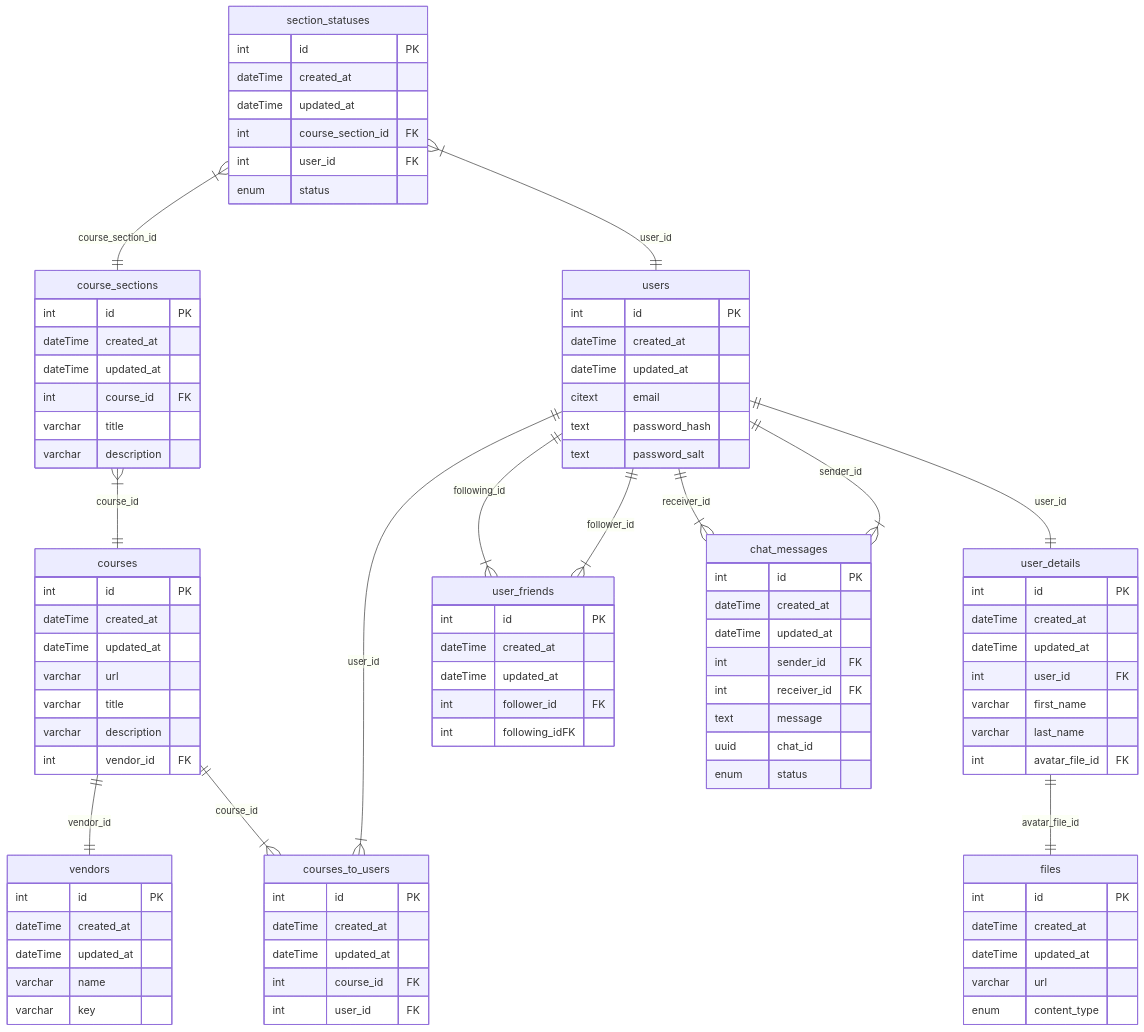
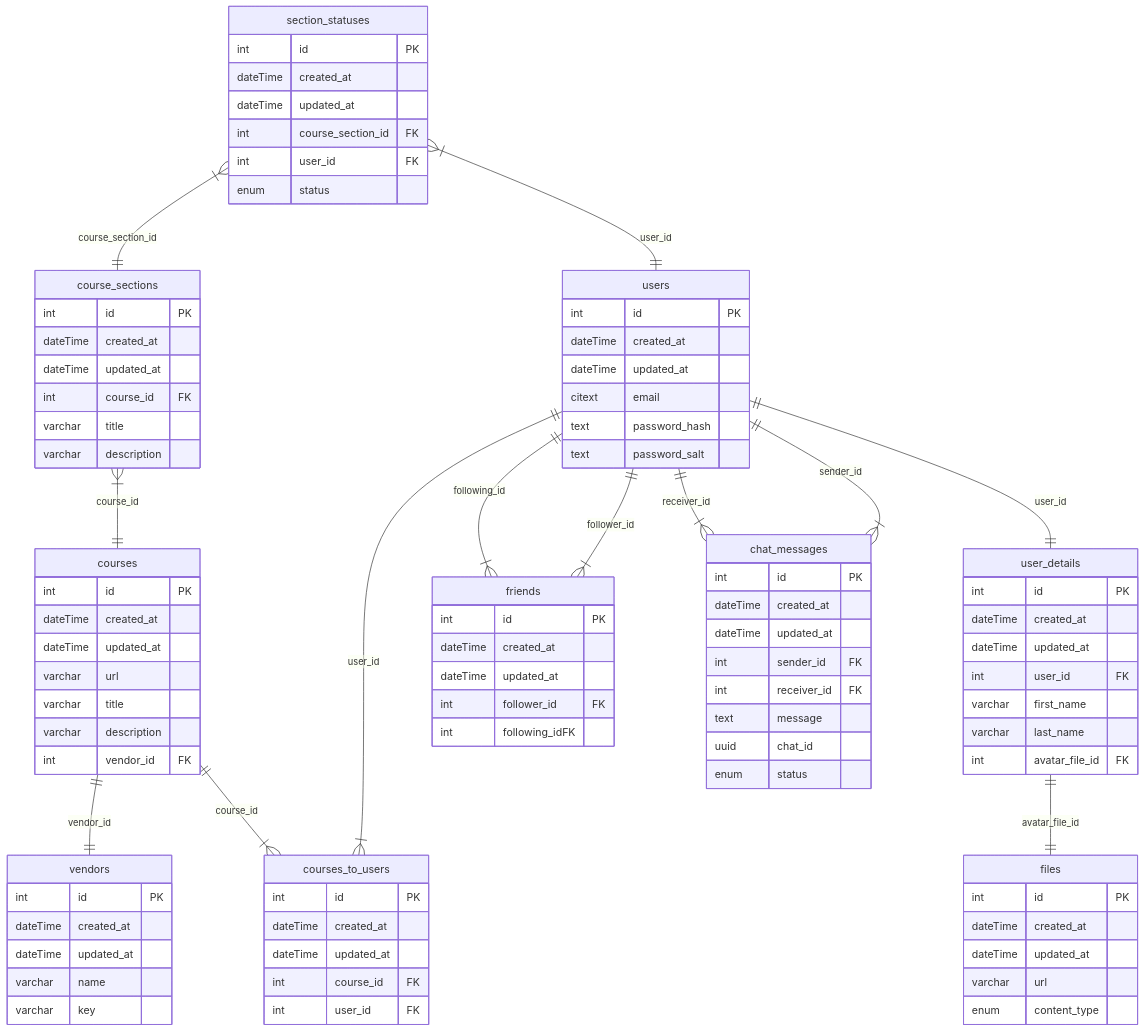
The diagram in readme.md (BinaryStudioAcademy/bsa-winter-2023-2024-trackmates), drawn with Mermaid before and after one commit. The commit also changed 4 other files, not shown here.

```diff
--- a/readme.md
+++ b/readme.md
@@ -88,7 +88,7 @@
     enum status
    }
 
-   user_friends {
+   friends {
     int id PK
     dateTime created_at
     dateTime updated_at
@@ -118,8 +118,8 @@
    users ||--|| user_details : user_id
    user_details ||--|| files : avatar_file_id
 
-   users ||--|{ user_friends : follower_id
-   users ||--|{ user_friends : following_id
+   users ||--|{ friends : follower_id
+   users ||--|{ friends : following_id
 
    users ||--|{ chat_messages : sender_id
    users ||--|{ chat_messages : receiver_id
```
